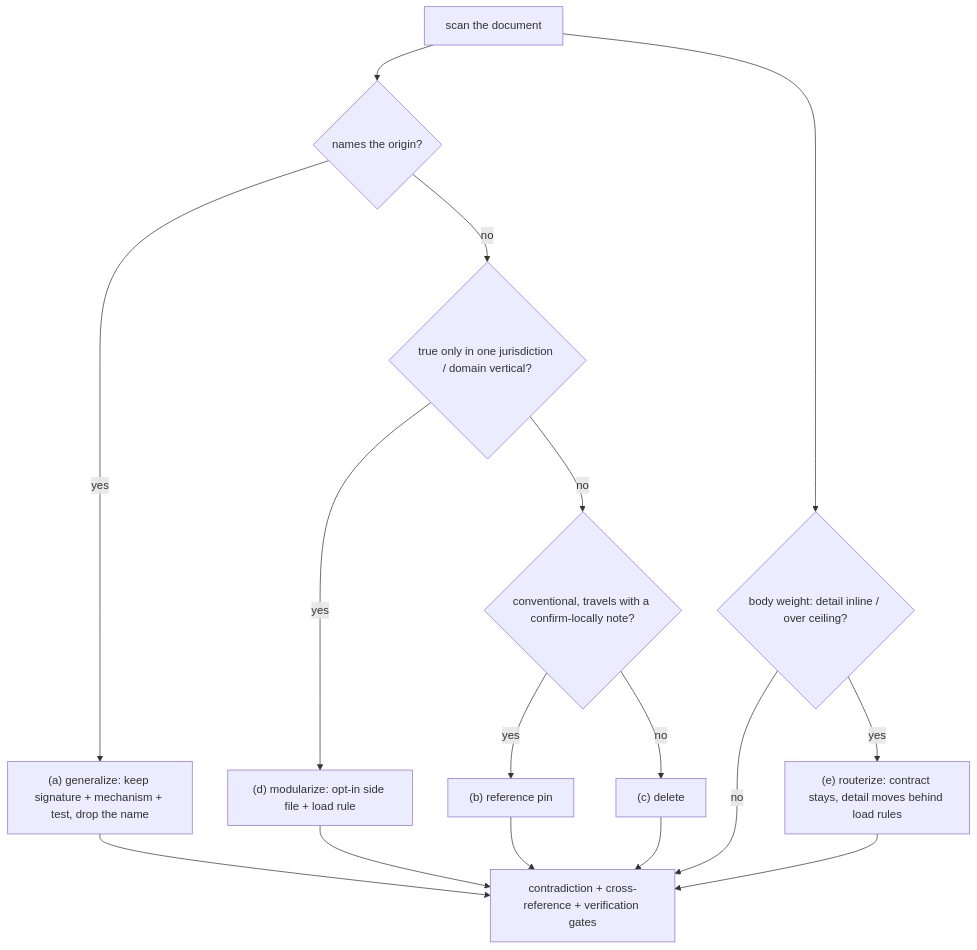
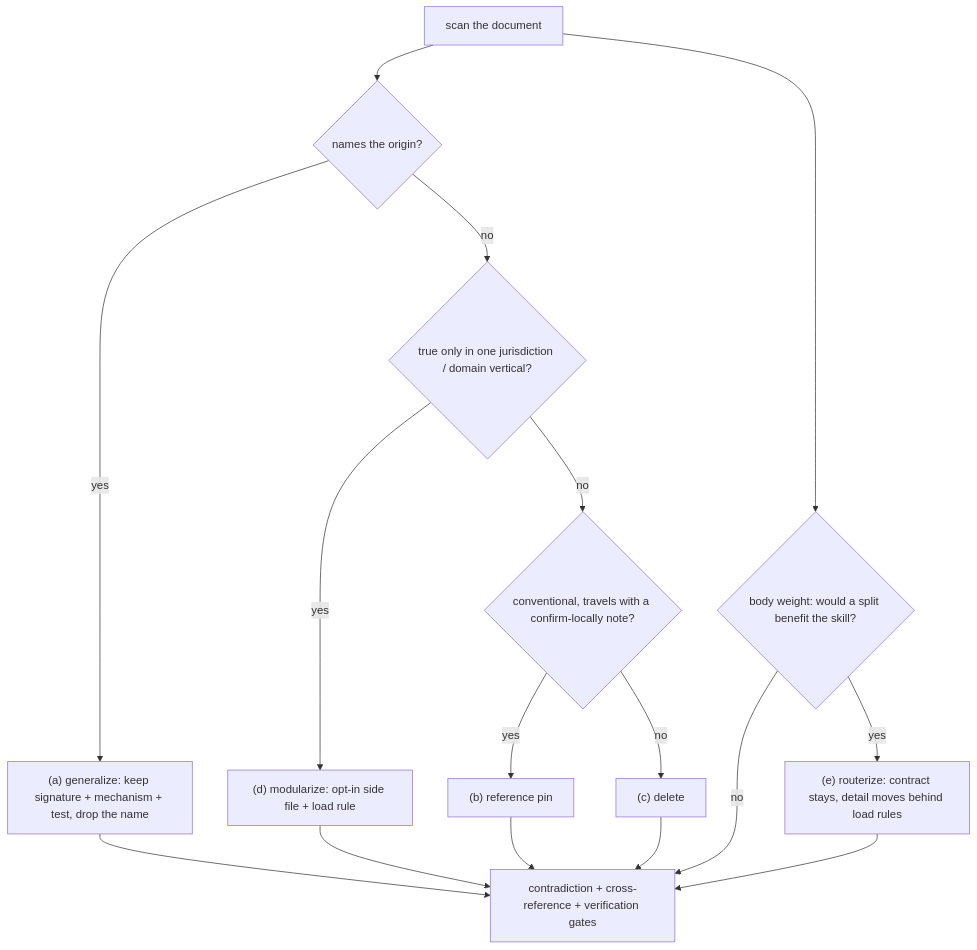
The diagram in skills/skill-generalizer/SKILL.md (darellchua2/civiltekk-opencode-claude-skills), drawn with Mermaid before and after one commit. The commit also changed other lines of this file and 3 other files, not shown here.

````diff
--- a/skills/skill-generalizer/SKILL.md
+++ b/skills/skill-generalizer/SKILL.md
@@ -36,18 +38,18 @@
 ```mermaid
 flowchart TD
     S["scan the document"] --> Q1{"names the origin?"}
     Q1 -- yes --> A["(a) generalize: keep signature + mechanism + test, drop the name"]
     Q1 -- no --> Q2{"true only in one jurisdiction / domain vertical?"}
     Q2 -- yes --> D["(d) modularize: opt-in side file + load rule"]
     Q2 -- no --> Q3{"conventional, travels with a confirm-locally note?"}
     Q3 -- yes --> B["(b) reference pin"]
     Q3 -- no --> C["(c) delete"]
     A --> V["contradiction + cross-reference + verification gates"]
     D --> V
     B --> V
     C --> V
-    S --> W{"body weight: detail inline / over ceiling?"}
+    S --> W{"body weight: would a split benefit the skill?"}
     W -- yes --> E["(e) routerize: contract stays, detail moves behind load rules"]
     W -- no --> V
     E --> V
 ```
````
